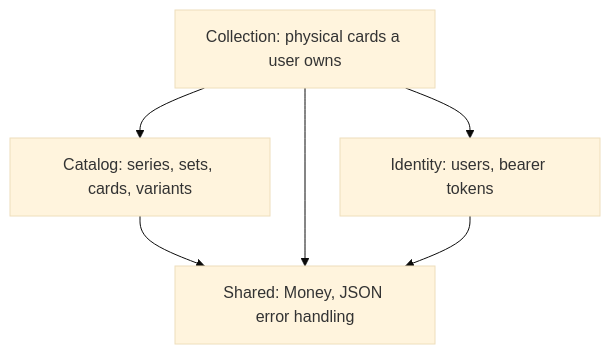
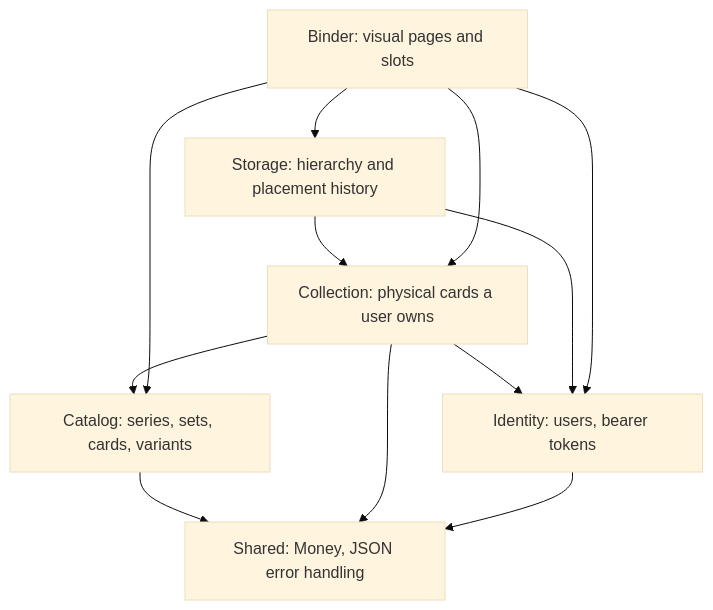
The third of 4 diagrams in docs/architecture.md (Jelmer-Ketelaar/CardNest), drawn with Mermaid (base theme) before and after one commit. The commit also changed other lines of this file and 48 other files, not shown here.

Commit message:
[main] Add visual binder planning and card placement

````diff
--- a/docs/architecture.md
+++ b/docs/architecture.md
@@ -62,13 +62,21 @@
 ```mermaid
 flowchart TD
     Identity[Identity: users, bearer tokens]
     Catalog[Catalog: series, sets, cards, variants]
     Collection[Collection: physical cards a user owns]
+    Storage[Storage: hierarchy and placement history]
+    Binder[Binder: visual pages and slots]
     Shared[Shared: Money, JSON error handling]
 
     Collection --> Catalog
     Collection --> Identity
+    Storage --> Collection
+    Storage --> Identity
+    Binder --> Collection
+    Binder --> Storage
+    Binder --> Catalog
+    Binder --> Identity
     Catalog --> Shared
     Collection --> Shared
     Identity --> Shared
 ```
````
